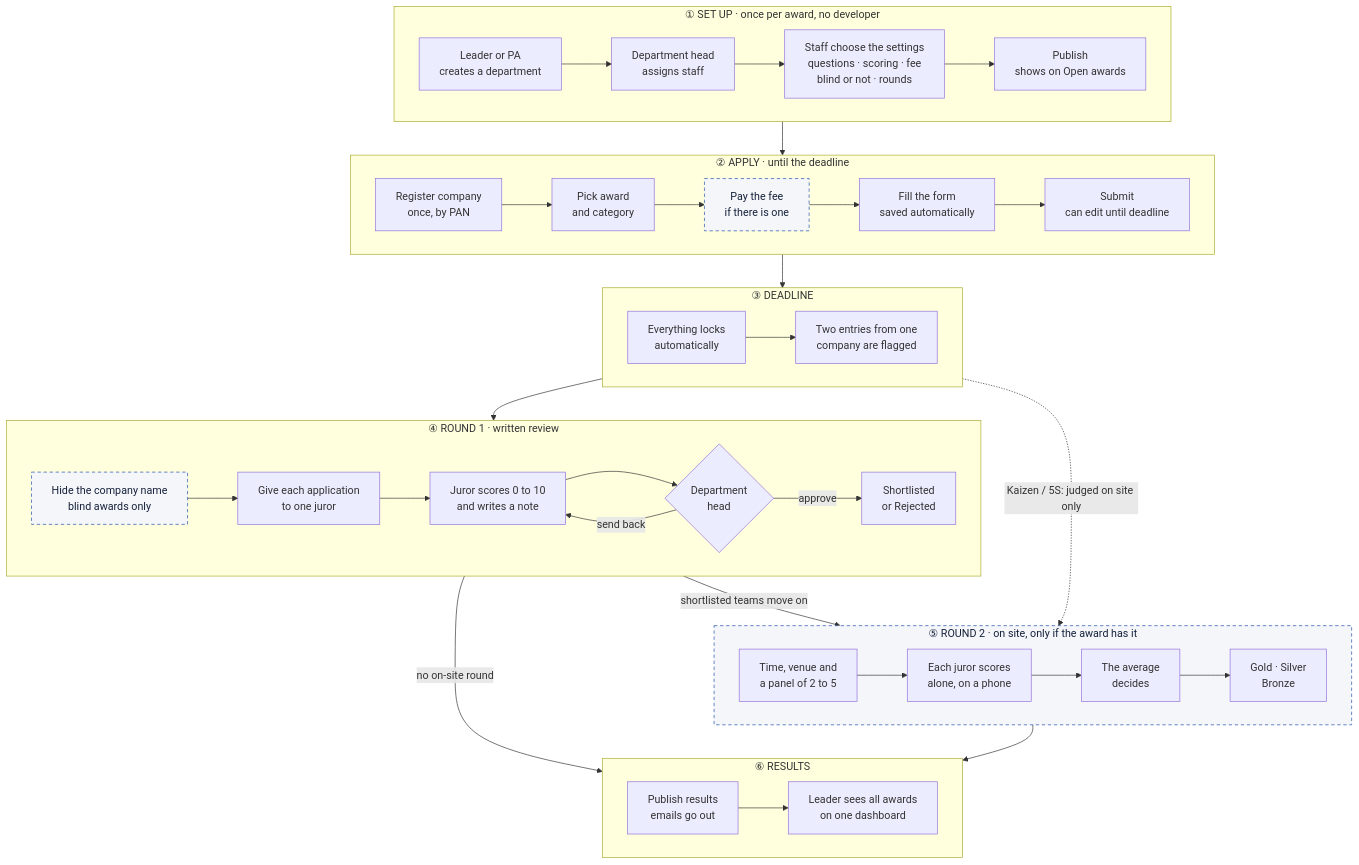
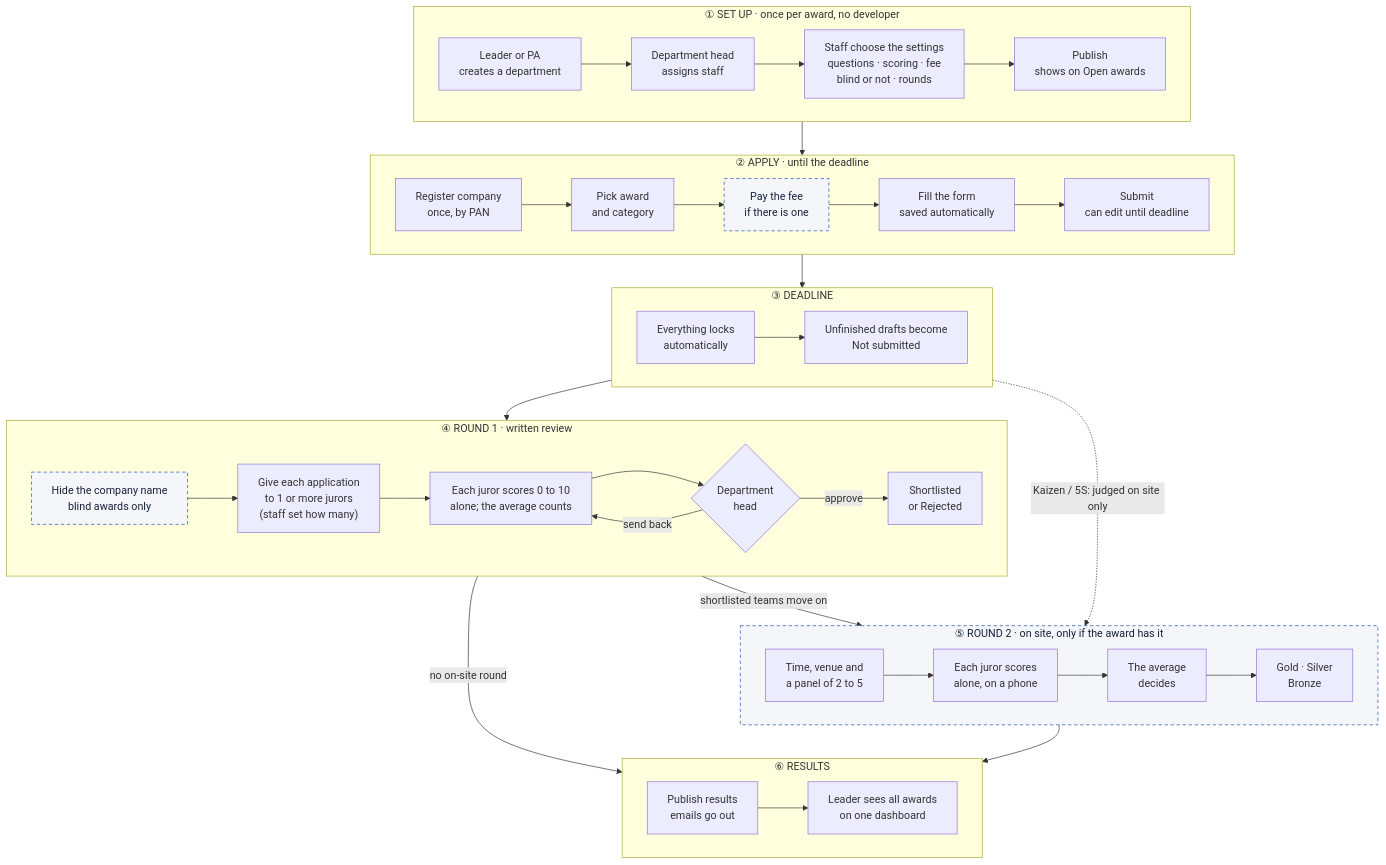
The third of 5 diagrams in docs/overview/README.md (sumitdwivedi01/EigthyAwards), drawn with Mermaid before and after one commit. The commit also changed other lines of this file and 18 other files, not shown here.

````diff
--- a/docs/overview/README.md
+++ b/docs/overview/README.md
@@ -112,37 +112,37 @@
 ```mermaid
 flowchart TD
     subgraph S1["① SET UP · once per award, no developer"]
         direction LR
         a1["Leader or PA<br/>creates a department"] --> a2["Department head<br/>assigns staff"] --> a3["Staff choose the settings<br/>questions · scoring · fee<br/>blind or not · rounds"] --> a4["Publish<br/>shows on Open awards"]
     end
     subgraph S2["② APPLY · until the deadline"]
         direction LR
         b1["Register company<br/>once, by PAN"] --> b2["Pick award<br/>and category"] --> b3["Pay the fee<br/>if there is one"] --> b4["Fill the form<br/>saved automatically"] --> b5["Submit<br/>can edit until deadline"]
     end
     subgraph S3["③ DEADLINE"]
         direction LR
-        c1["Everything locks<br/>automatically"] --> c2["Two entries from one<br/>company are flagged"]
+        c1["Everything locks<br/>automatically"] --> c2["Unfinished drafts become<br/>Not submitted"]
     end
     subgraph S4["④ ROUND 1 · written review"]
         direction LR
-        d1["Hide the company name<br/>blind awards only"] --> d2["Give each application<br/>to one juror"] --> d3["Juror scores 0 to 10<br/>and writes a note"] --> d4{"Department<br/>head"}
+        d1["Hide the company name<br/>blind awards only"] --> d2["Give each application<br/>to 1 or more jurors<br/>(staff set how many)"] --> d3["Each juror scores 0 to 10<br/>alone; the average counts"] --> d4{"Department<br/>head"}
         d4 -->|send back| d3
         d4 -->|approve| d5["Shortlisted<br/>or Rejected"]
     end
     subgraph S5["⑤ ROUND 2 · on site, only if the award has it"]
         direction LR
         e1["Time, venue and<br/>a panel of 2 to 5"] --> e2["Each juror scores<br/>alone, on a phone"] --> e3["The average<br/>decides"] --> e4["Gold · Silver<br/>Bronze"]
     end
     subgraph S6["⑥ RESULTS"]
         direction LR
         f1["Publish results<br/>emails go out"] --> f2["Leader sees all awards<br/>on one dashboard"]
     end
     S1 --> S2 --> S3 --> S4
     S4 -->|shortlisted teams move on| S5
     S4 -->|no on-site round| S6
     S3 -.->|Kaizen / 5S: judged on site only| S5
     S5 --> S6
     classDef opt fill:#F4F6FA,stroke:#1F4FA8,stroke-dasharray:5 4,color:#16213A
     class b3,d1 opt
     class S5 opt
 ```
````
